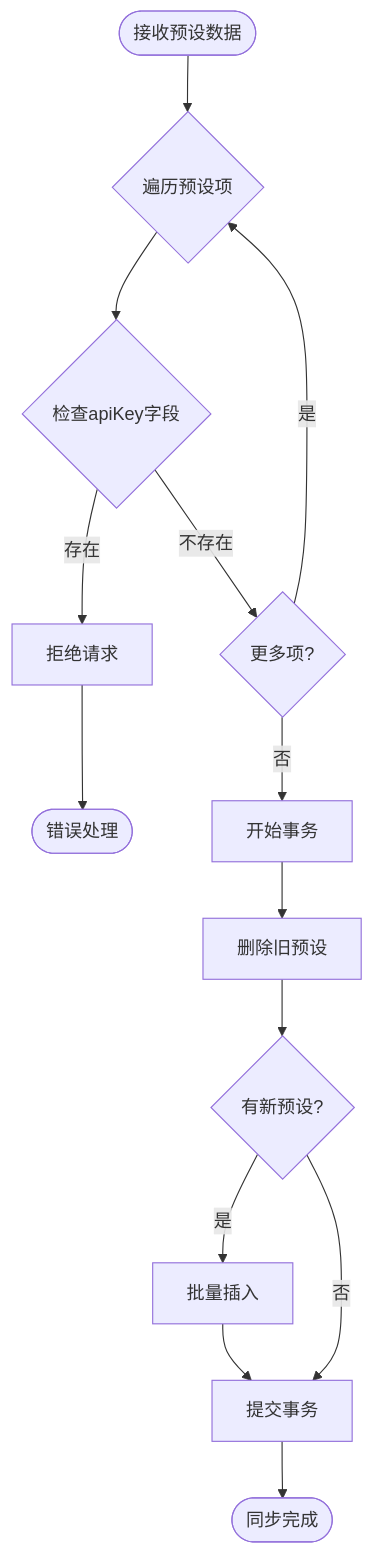
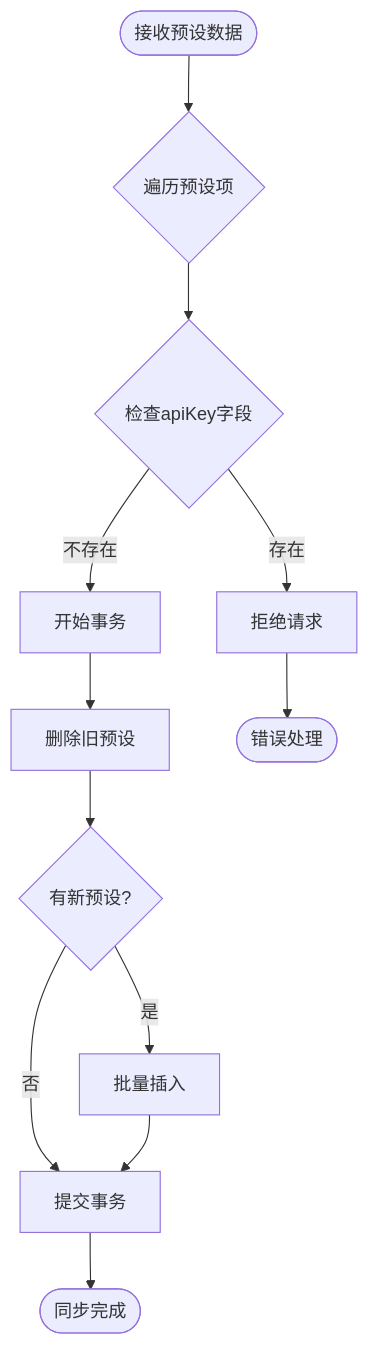
Before and after one commit to xixixiaoyu/Todo: the tenth of 11 diagrams in .qoder/repowiki/zh/content/核心模块/AI助手系统/AI数据同步系统.md, drawn with Mermaid. The commit also changed other lines of this file and 5 other files, not shown here.

````diff
--- a/.qoder/repowiki/zh/content/核心模块/AI助手系统/AI数据同步系统.md
+++ b/.qoder/repowiki/zh/content/核心模块/AI助手系统/AI数据同步系统.md
@@ -297,16 +442,14 @@
 ```mermaid
 flowchart TD
 Start([接收预设数据]) --> ValidateLoop{遍历预设项}
 ValidateLoop --> CheckKey{检查apiKey字段}
 CheckKey --> |存在| Reject[拒绝请求]
-CheckKey --> |不存在| NextItem{更多项?}
-NextItem --> |是| ValidateLoop
-NextItem --> |否| BeginTx[开始事务]
+CheckKey --> |不存在| BeginTx[开始事务]
 BeginTx --> DeleteOld[删除旧预设]
 DeleteOld --> InsertNew{有新预设?}
 InsertNew --> |是| BatchInsert[批量插入]
 InsertNew --> |否| CommitTx[提交事务]
 BatchInsert --> CommitTx
 CommitTx --> Complete([同步完成])
 Reject --> Error([错误处理])
 ```
````
